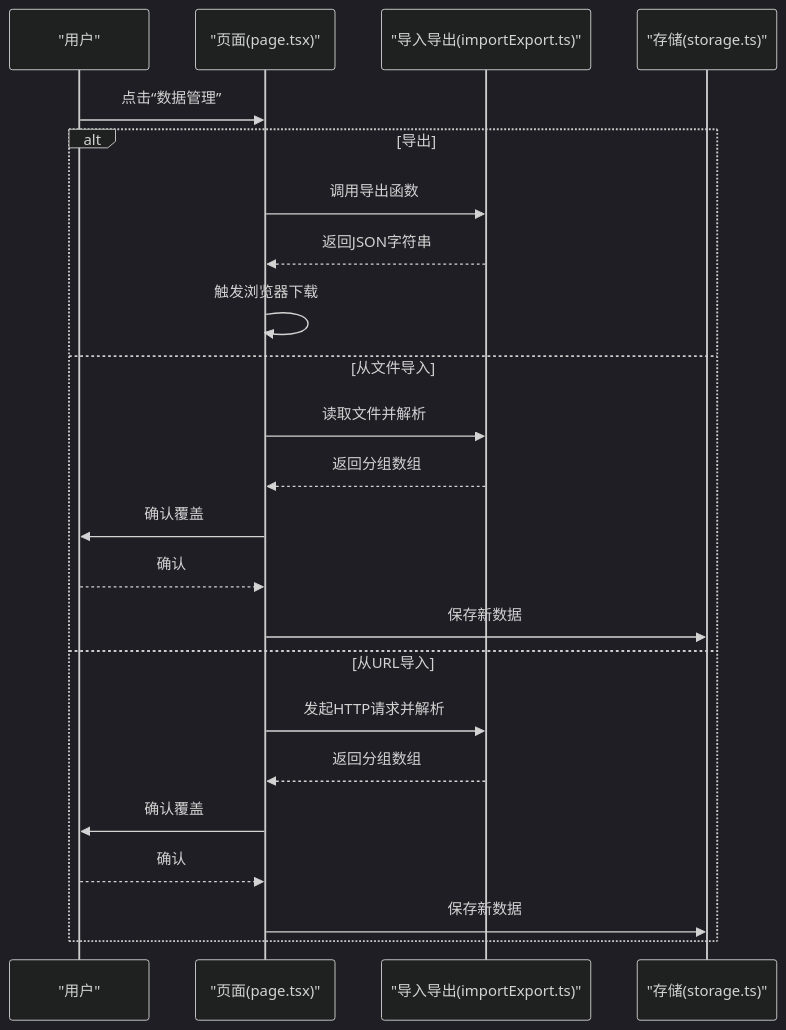
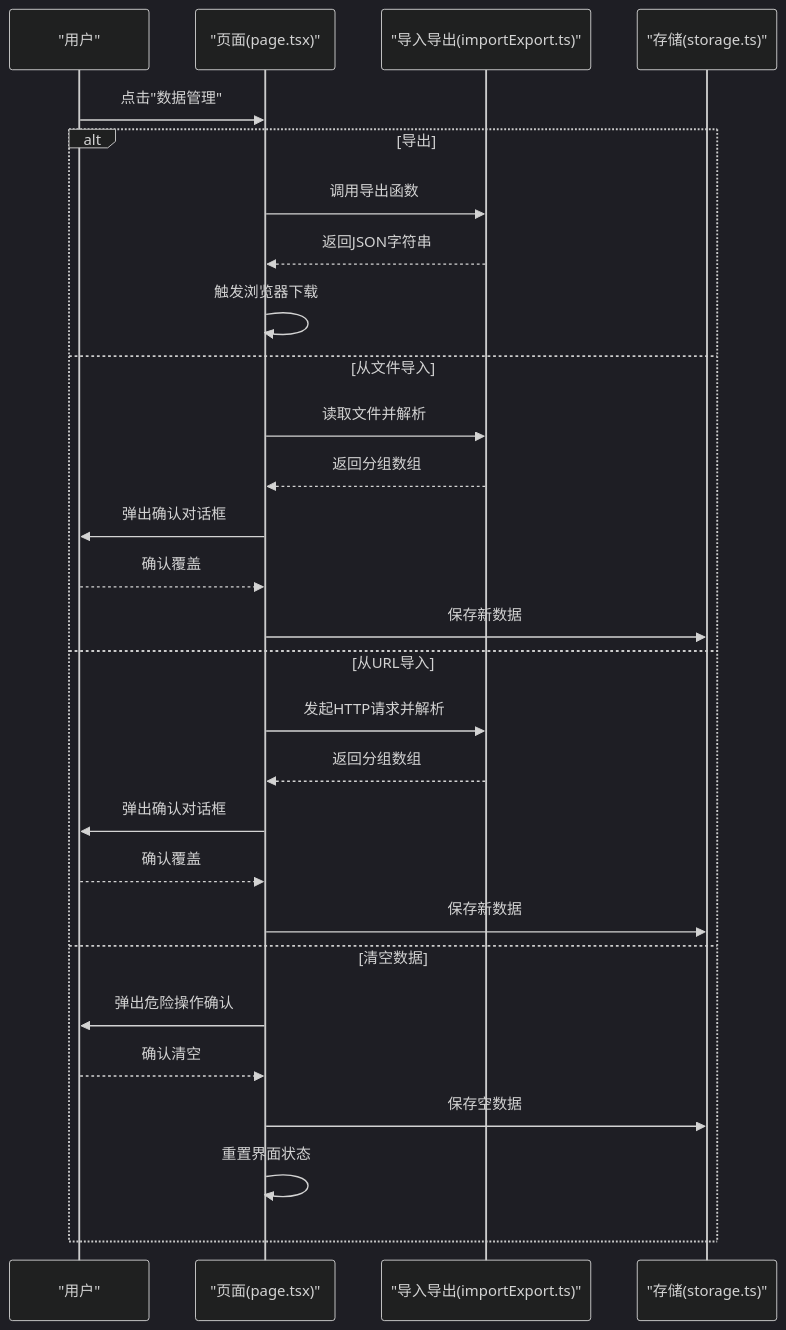
One commit to steveyu2/formula-mapper changed the second of 7 diagrams in .qoder/repowiki/zh/content/用户指南/数据管理/数据管理.md. Above: the diagram before and after it, drawn with Mermaid (dark theme). The commit also changed other lines of this file and 3 other files, not shown here.

````diff
--- a/.qoder/repowiki/zh/content/用户指南/数据管理/数据管理.md
+++ b/.qoder/repowiki/zh/content/用户指南/数据管理/数据管理.md
@@ -110,25 +118,30 @@
 ```mermaid
 sequenceDiagram
 participant U as "用户"
 participant P as "页面(page.tsx)"
 participant E as "导入导出(importExport.ts)"
 participant S as "存储(storage.ts)"
-U->>P : 点击“数据管理”
+U->>P : 点击"数据管理"
 alt 导出
 P->>E : 调用导出函数
 E-->>P : 返回JSON字符串
 P->>P : 触发浏览器下载
 else 从文件导入
 P->>E : 读取文件并解析
 E-->>P : 返回分组数组
-P->>U : 确认覆盖
-U-->>P : 确认
+P->>U : 弹出确认对话框
+U-->>P : 确认覆盖
 P->>S : 保存新数据
 else 从URL导入
 P->>E : 发起HTTP请求并解析
 E-->>P : 返回分组数组
-P->>U : 确认覆盖
-U-->>P : 确认
+P->>U : 弹出确认对话框
+U-->>P : 确认覆盖
 P->>S : 保存新数据
+else 清空数据
+P->>U : 弹出危险操作确认
+U-->>P : 确认清空
+P->>S : 保存空数据
+P->>P : 重置界面状态
 end
 ```
````
